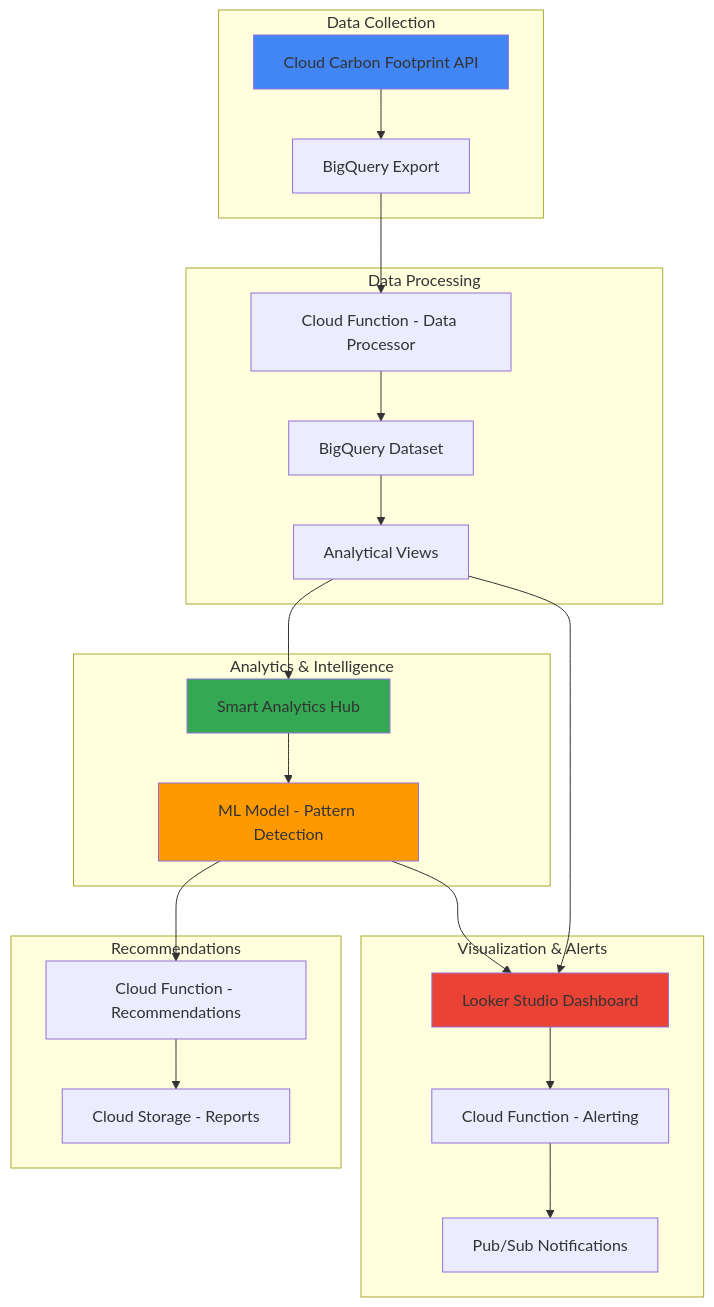
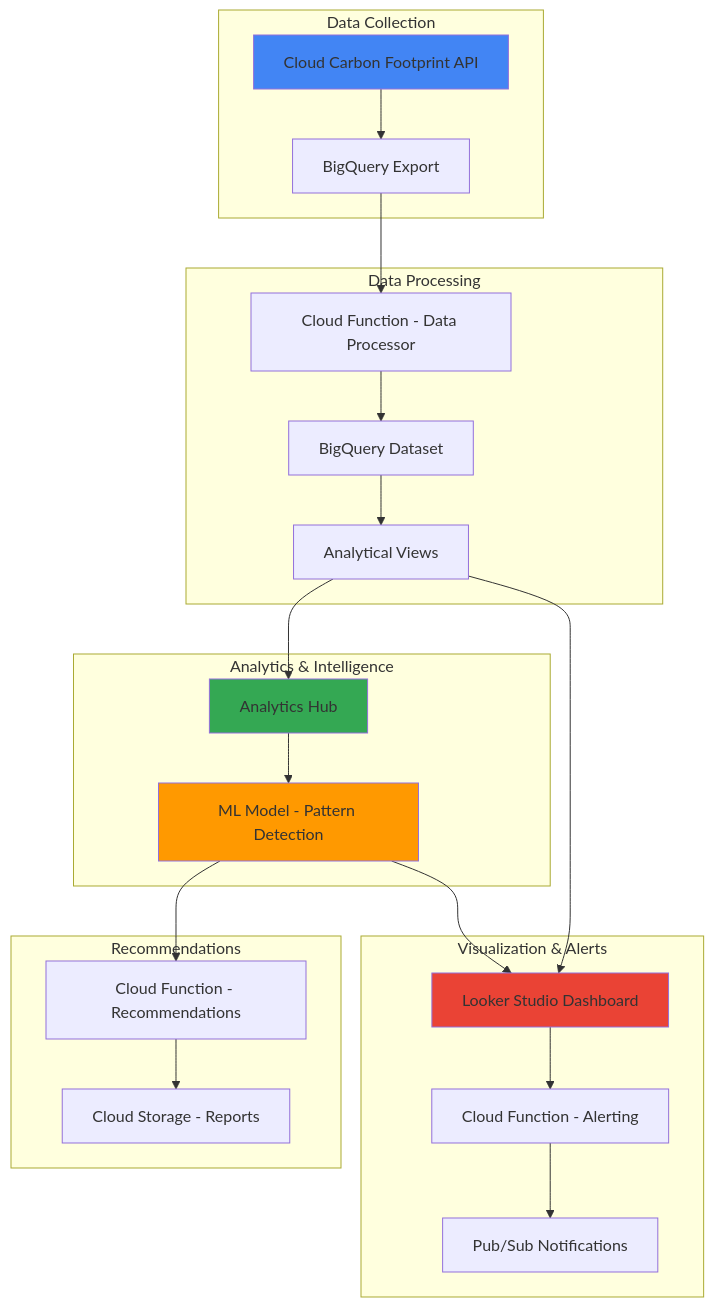
One commit to mzazon/awesome-cloud-projects changed the diagram in gcp/sustainable-infrastructure-intelligence-smart-analytics-hub-carbon-footprint/sustainable-infrastructure-intelligence-smart-analytics-hub-carbon-footprint.md. Above: the diagram before and after it, drawn with Mermaid. The commit also changed other lines of this file and 5581 other files, not shown here.

````diff
--- a/gcp/sustainable-infrastructure-intelligence-smart-analytics-hub-carbon-footprint/sustainable-infrastructure-intelligence-smart-analytics-hub-carbon-footprint.md
+++ b/gcp/sustainable-infrastructure-intelligence-smart-analytics-hub-carbon-footprint/sustainable-infrastructure-intelligence-smart-analytics-hub-carbon-footprint.md
@@ -30,47 +30,47 @@
 ```mermaid
 graph TB
     subgraph "Data Collection"
         CF[Cloud Carbon Footprint API]
         BQ_EXPORT[BigQuery Export]
     end
     
     subgraph "Data Processing"
         CF_FUNC[Cloud Function - Data Processor]
         BQ_DATASET[BigQuery Dataset]
         BQ_VIEWS[Analytical Views]
     end
     
     subgraph "Analytics & Intelligence"
-        SAH[Smart Analytics Hub]
+        ANALYTICS_HUB[Analytics Hub]
         ML_MODEL[ML Model - Pattern Detection]
     end
     
     subgraph "Visualization & Alerts"
         LOOKER[Looker Studio Dashboard]
         ALERT_FUNC[Cloud Function - Alerting]
         PUBSUB[Pub/Sub Notifications]
     end
     
     subgraph "Recommendations"
         REC_FUNC[Cloud Function - Recommendations]
         STORAGE[Cloud Storage - Reports]
     end
     
     CF --> BQ_EXPORT
     BQ_EXPORT --> CF_FUNC
     CF_FUNC --> BQ_DATASET
     BQ_DATASET --> BQ_VIEWS
-    BQ_VIEWS --> SAH
-    SAH --> ML_MODEL
+    BQ_VIEWS --> ANALYTICS_HUB
+    ANALYTICS_HUB --> ML_MODEL
     ML_MODEL --> LOOKER
     BQ_VIEWS --> LOOKER
     LOOKER --> ALERT_FUNC
     ALERT_FUNC --> PUBSUB
     ML_MODEL --> REC_FUNC
     REC_FUNC --> STORAGE
     
     style CF fill:#4285F4
-    style SAH fill:#34A853
+    style ANALYTICS_HUB fill:#34A853
     style LOOKER fill:#EA4335
     style ML_MODEL fill:#FF9900
 ```
````
